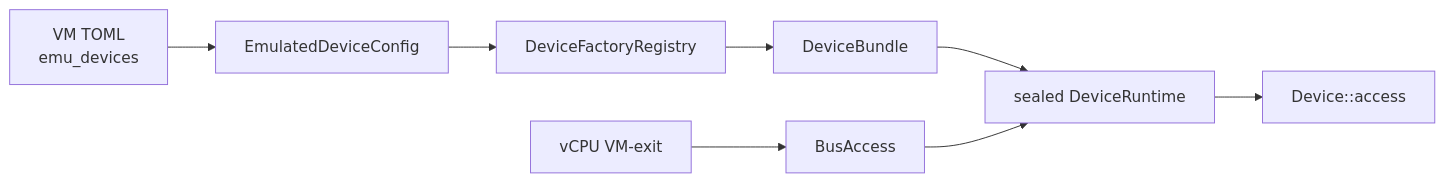
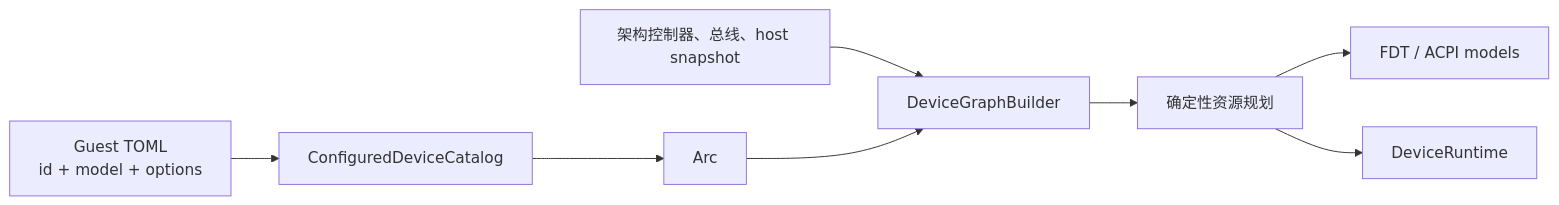
The diagram in docs/docs/architecture/axvisor/emulated-devices.md (rcore-os/tgoskits), drawn with Mermaid before and after one commit. The commit also changed other lines of this file and 10 other files, not shown here.

Commit message:
docs(axvisor): document dynamic device graph

````diff
--- a/docs/docs/architecture/axvisor/emulated-devices.md
+++ b/docs/docs/architecture/axvisor/emulated-devices.md
@@ -89,19 +7,10 @@
 ```mermaid
 flowchart LR
-    Toml["VM TOML<br/>emu_devices"]
-    Config["EmulatedDeviceConfig"]
-    Registry["DeviceFactoryRegistry"]
-    Bundle["DeviceBundle"]
-    Runtime["sealed DeviceRuntime"]
-    Exit["vCPU VM-exit"]
-    Access["BusAccess"]
-    Device["Device::access"]
-
-    Toml --> Config
-    Config --> Registry
-    Registry --> Bundle
-    Bundle --> Runtime
-    Exit --> Access
-    Access --> Runtime
-    Runtime --> Device
+    T["Guest TOML<br/>id + model + options"] --> C["ConfiguredDeviceCatalog"]
+    C --> M["Arc<dyn DeviceModel>"]
+    A["架构控制器、总线、host snapshot"] --> G["DeviceGraphBuilder"]
+    M --> G
+    G --> P["确定性资源规划"]
+    P --> F["FDT / ACPI models"]
+    P --> R["DeviceRuntime"]
 ```
````
